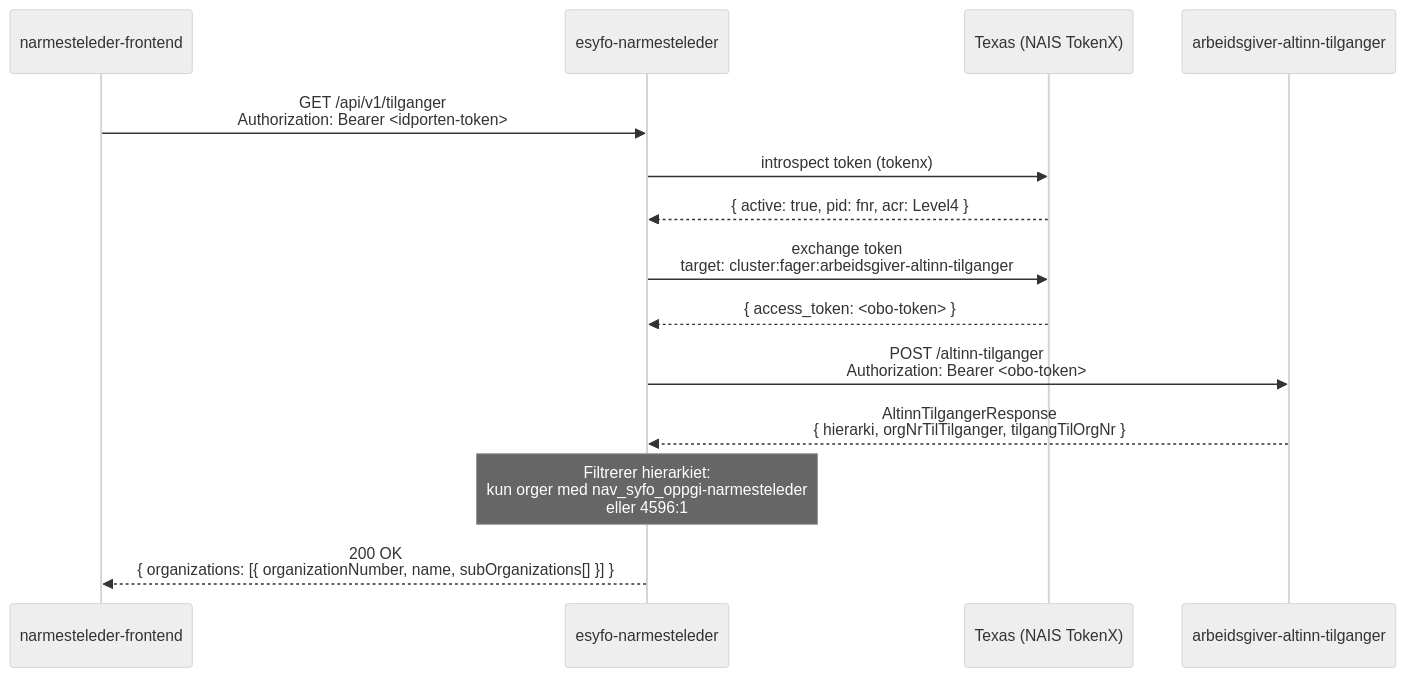
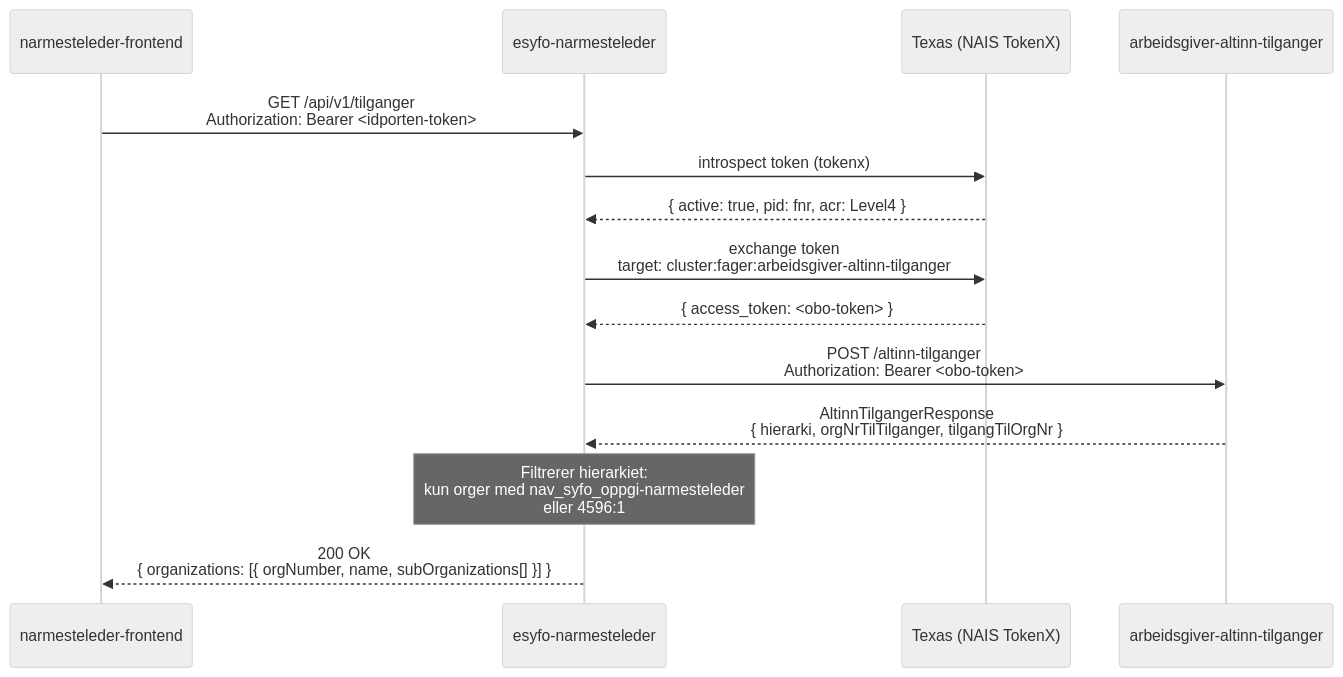
The diagram in docs/tilganger-api.md (navikt/esyfo-narmesteleder), drawn with Mermaid (neutral theme) before and after one commit. The commit also changed other lines of this file and 15 other files, not shown here.

Commit message:
refactor: use English names for AltinnTilgangerService til AltinnAccessService and other related name changing. Edit from OrganizationNumber to orgNumber. 2nd step in refactoring after comments.

````diff
--- a/docs/tilganger-api.md
+++ b/docs/tilganger-api.md
@@ -7,21 +7,21 @@
 ```mermaid
 sequenceDiagram
     participant FE as narmesteleder-frontend
     participant API as esyfo-narmesteleder
     participant TX as Texas (NAIS TokenX)
     participant AT as arbeidsgiver-altinn-tilganger
 
     FE->>API: GET /api/v1/tilganger<br/>Authorization: Bearer <idporten-token>
     API->>TX: introspect token (tokenx)
     TX-->>API: { active: true, pid: fnr, acr: Level4 }
 
     API->>TX: exchange token<br/>target: cluster:fager:arbeidsgiver-altinn-tilganger
     TX-->>API: { access_token: <obo-token> }
 
     API->>AT: POST /altinn-tilganger<br/>Authorization: Bearer <obo-token>
     AT-->>API: AltinnTilgangerResponse<br/>{ hierarki, orgNrTilTilganger, tilgangTilOrgNr }
 
     Note over API: Filtrerer hierarkiet:<br/>kun orger med nav_syfo_oppgi-narmesteleder<br/>eller 4596:1
 
-    API-->>FE: 200 OK<br/>{ organizations: [{ organizationNumber, name, subOrganizations[] }] }
+    API-->>FE: 200 OK<br/>{ organizations: [{ orgNumber, name, subOrganizations[] }] }
 ```
````
